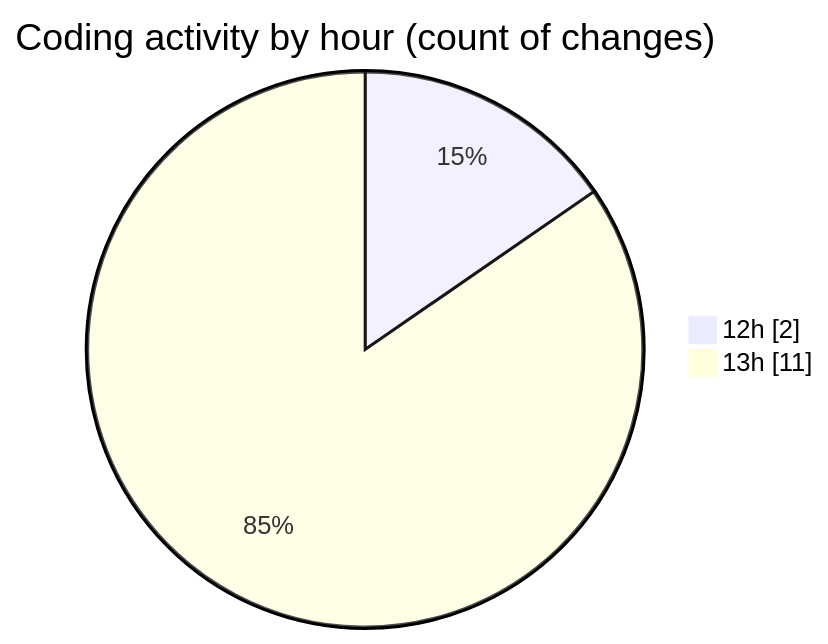
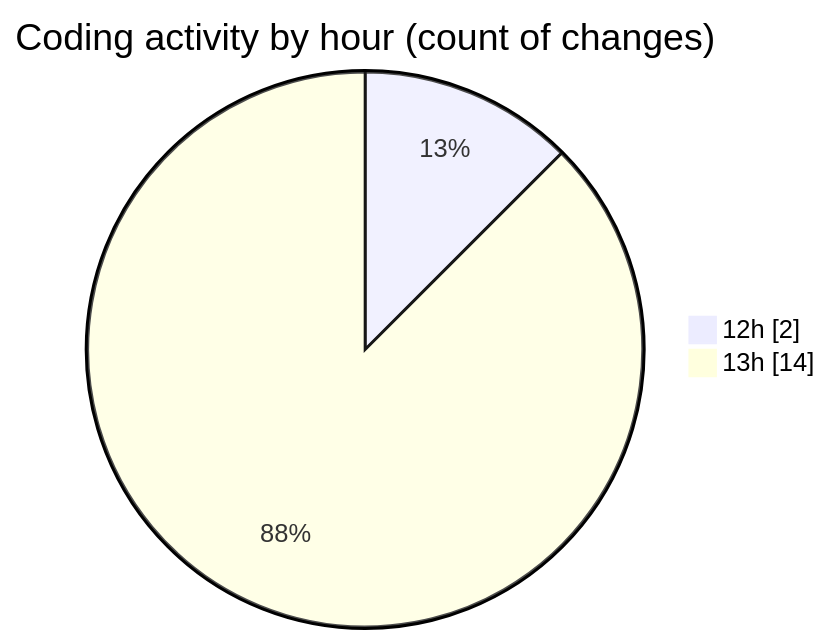
Before and after one commit to idhammustaqopulfikri/code-tracking: the second of 2 diagrams in 2025-06-20/studio-backend/README.md, drawn with Mermaid. The commit also changed other lines of this file and 1 other file, not shown here.

````diff
--- a/2025-06-20/studio-backend/README.md
+++ b/2025-06-20/studio-backend/README.md
@@ -31,6 +31,6 @@
 ```mermaid
 pie showData
 title Coding activity by hour (count of changes)
 "12h" : 2
-"13h" : 11
+"13h" : 14
 ```
````
